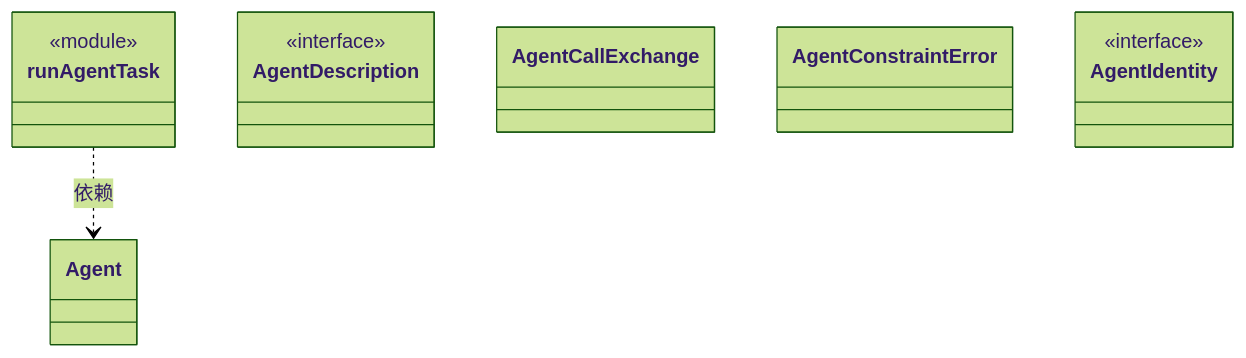
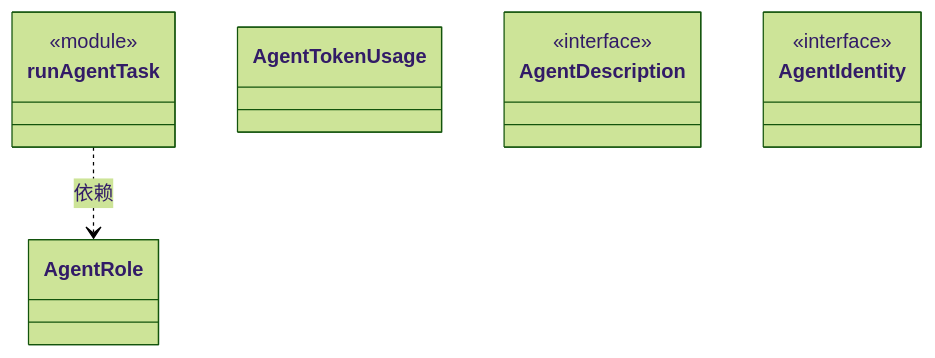
The diagram in src/framework/cability/agent/ARCHITECTURE.md (nan023062/cbim), drawn with Mermaid (forest theme) before and after one commit. The commit also changed other lines of this file and 480 other files, not shown here.

````diff
--- a/src/framework/cability/agent/ARCHITECTURE.md
+++ b/src/framework/cability/agent/ARCHITECTURE.md
@@ -25,22 +22,20 @@
 ```mermaid
 classDiagram
-class N_bf28e73bd7a2["Agent"]
-click N_bf28e73bd7a2 href "agent.ts"
+class N_d85f1da60707["AgentRole"]
+click N_d85f1da60707 href "agent.ts"
 class N_83c6f7d14280["runAgentTask"] {
   <<module>>
 }
 click N_83c6f7d14280 href "execution.ts"
+class N_bd819b1dcf67["AgentTokenUsage"]
+click N_bd819b1dcf67 href "token-usage.ts"
 class N_70ecbc34f9e1["AgentDescription"] {
   <<interface>>
 }
 click N_70ecbc34f9e1 href "description.ts"
-class N_c0588382070e["AgentCallExchange"]
-click N_c0588382070e href "exchange.ts"
-class N_1f4a6301fa74["AgentConstraintError"]
-click N_1f4a6301fa74 href "call.ts"
 class N_edb568872b8c["AgentIdentity"] {
   <<interface>>
 }
 click N_edb568872b8c href "identity.ts"
-N_83c6f7d14280 ..> N_bf28e73bd7a2 : 依赖
+N_83c6f7d14280 ..> N_d85f1da60707 : 依赖
 ```
````
